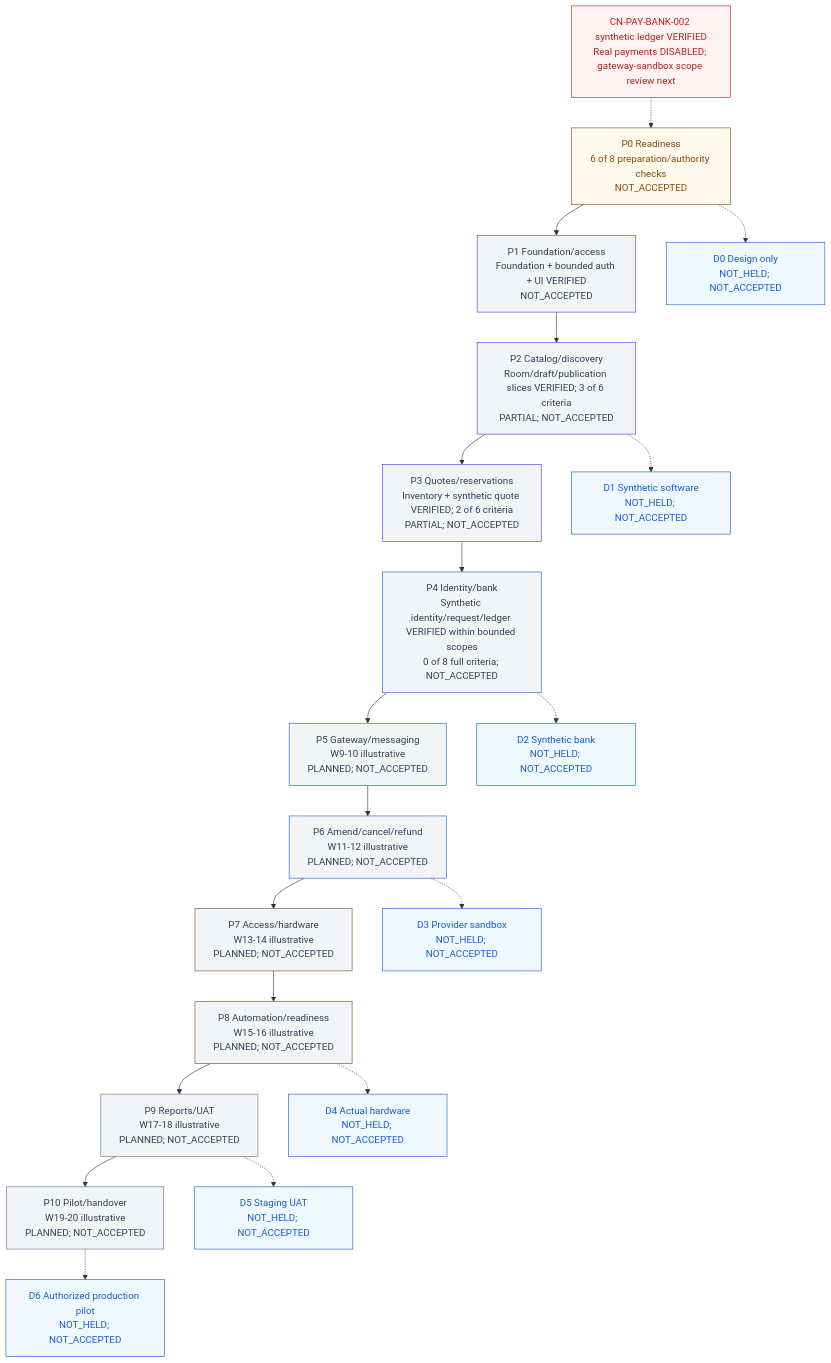
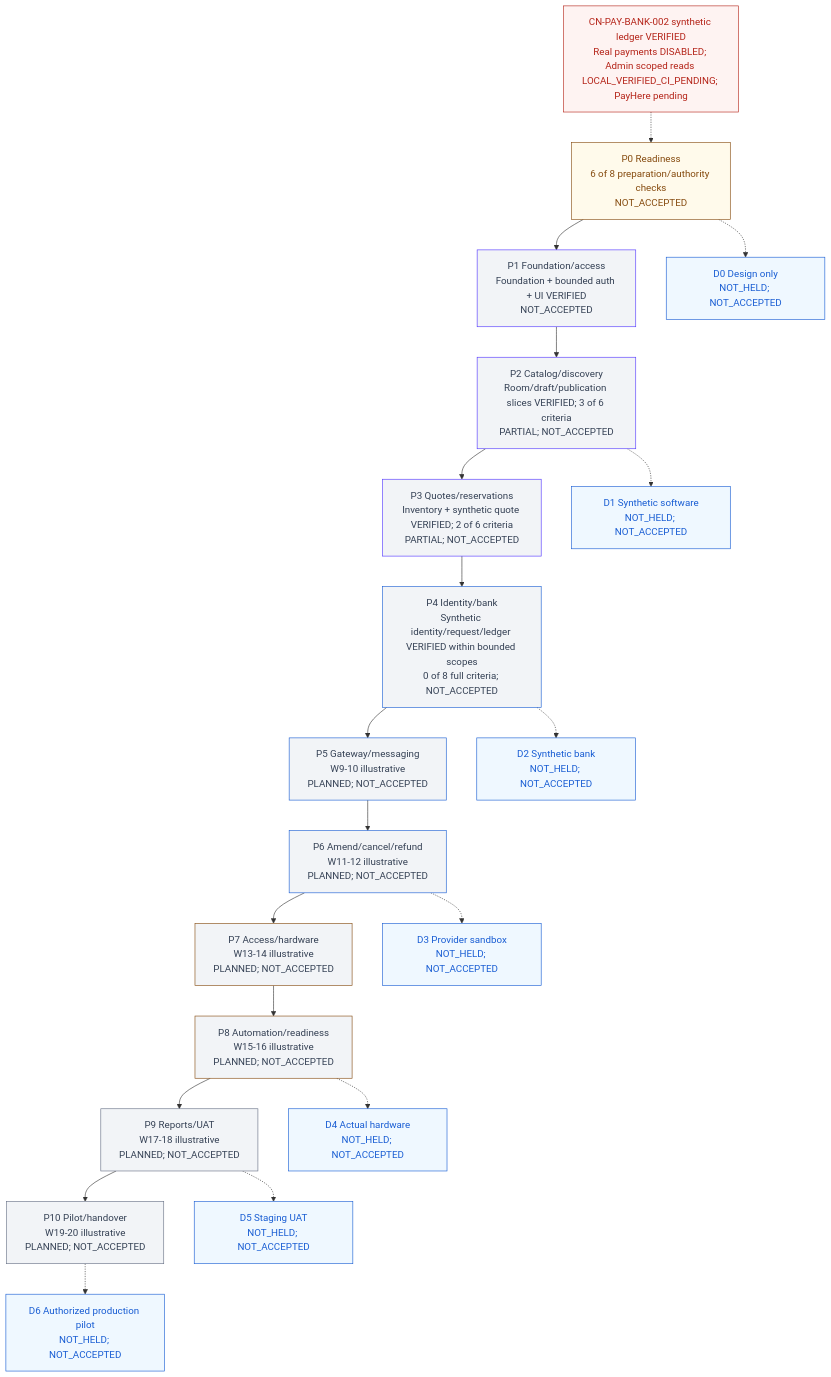
Before and after one commit to Hasitha3513/Theater-Project: the diagram in knowledge/PROGRESS.md, drawn with Mermaid. The commit also changed other lines of this file and 32 other files, not shown here.

Commit message:
feat(admin): add scoped synthetic account and audit reads

````diff
--- a/knowledge/PROGRESS.md
+++ b/knowledge/PROGRESS.md
@@ -309,45 +309,45 @@
 ```mermaid
 flowchart TB
-  G["CN-PAY-BANK-002 synthetic ledger VERIFIED<br/>Real payments DISABLED; gateway-sandbox scope review next"]
+  G["CN-PAY-BANK-002 synthetic ledger VERIFIED<br/>Real payments DISABLED; Admin scoped reads LOCAL_VERIFIED_CI_PENDING; PayHere pending"]
   P0["P0 Readiness<br/>6 of 8 preparation/authority checks<br/>NOT_ACCEPTED"]
   P1["P1 Foundation/access<br/>Foundation + bounded auth + UI VERIFIED<br/>NOT_ACCEPTED"]
   P2["P2 Catalog/discovery<br/>Room/draft/publication slices VERIFIED; 3 of 6 criteria<br/>PARTIAL; NOT_ACCEPTED"]
   P3["P3 Quotes/reservations<br/>Inventory + synthetic quote VERIFIED; 2 of 6 criteria<br/>PARTIAL; NOT_ACCEPTED"]
   P4["P4 Identity/bank<br/>Synthetic identity/request/ledger VERIFIED within bounded scopes<br/>0 of 8 full criteria; NOT_ACCEPTED"]
   P5["P5 Gateway/messaging<br/>W9-10 illustrative<br/>PLANNED; NOT_ACCEPTED"]
   P6["P6 Amend/cancel/refund<br/>W11-12 illustrative<br/>PLANNED; NOT_ACCEPTED"]
   P7["P7 Access/hardware<br/>W13-14 illustrative<br/>PLANNED; NOT_ACCEPTED"]
   P8["P8 Automation/readiness<br/>W15-16 illustrative<br/>PLANNED; NOT_ACCEPTED"]
   P9["P9 Reports/UAT<br/>W17-18 illustrative<br/>PLANNED; NOT_ACCEPTED"]
   P10["P10 Pilot/handover<br/>W19-20 illustrative<br/>PLANNED; NOT_ACCEPTED"]
   G -.-> P0
   P0 --> P1 --> P2 --> P3 --> P4 --> P5 --> P6 --> P7 --> P8 --> P9 --> P10
   D0["D0 Design only<br/>NOT_HELD; NOT_ACCEPTED"]
   D1["D1 Synthetic software<br/>NOT_HELD; NOT_ACCEPTED"]
   D2["D2 Synthetic bank<br/>NOT_HELD; NOT_ACCEPTED"]
   D3["D3 Provider sandbox<br/>NOT_HELD; NOT_ACCEPTED"]
   D4["D4 Actual hardware<br/>NOT_HELD; NOT_ACCEPTED"]
   D5["D5 Staging UAT<br/>NOT_HELD; NOT_ACCEPTED"]
   D6["D6 Authorized production pilot<br/>NOT_HELD; NOT_ACCEPTED"]
   P0 -.-> D0
   P2 -.-> D1
   P4 -.-> D2
   P6 -.-> D3
   P8 -.-> D4
   P9 -.-> D5
   P10 -.-> D6
   classDef readiness fill:#FFFAEB,color:#854A0E,stroke:#854A0E;
   classDef foundation fill:#F2F4F7,color:#344054,stroke:#5135FF;
   classDef financial fill:#F2F4F7,color:#344054,stroke:#175CD3;
   classDef physical fill:#F2F4F7,color:#344054,stroke:#854A0E;
   classDef release fill:#F2F4F7,color:#344054,stroke:#667085;
   classDef blocked fill:#FEF3F2,color:#B42318,stroke:#B42318;
   classDef demo fill:#EFF8FF,color:#175CD3,stroke:#175CD3;
   class P0 readiness;
   class P1,P2,P3 foundation;
   class P4,P5,P6 financial;
   class P7,P8 physical;
   class P9,P10 release;
   class G blocked;
   class D0,D1,D2,D3,D4,D5,D6 demo;
 ```
````
